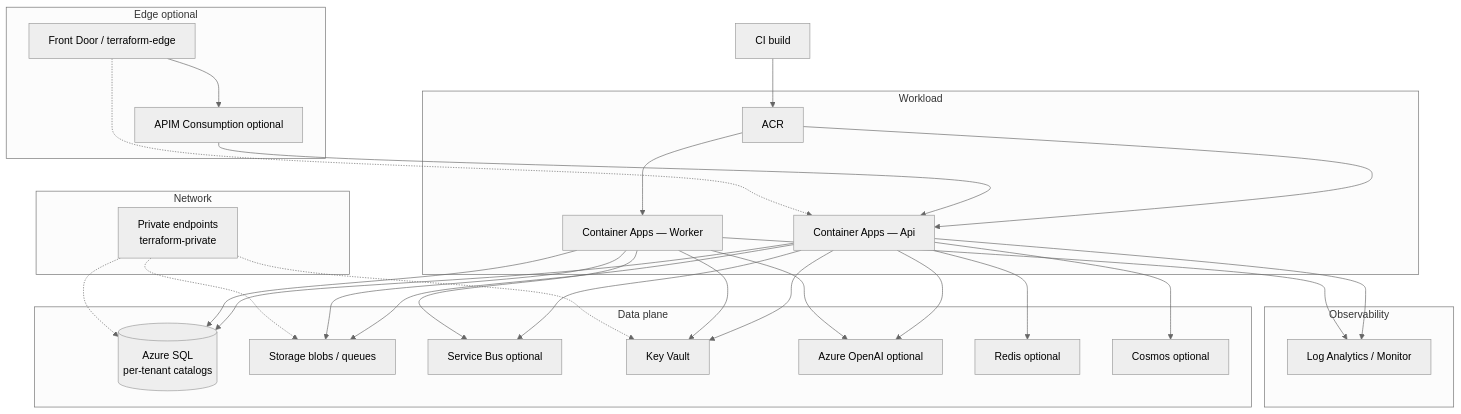
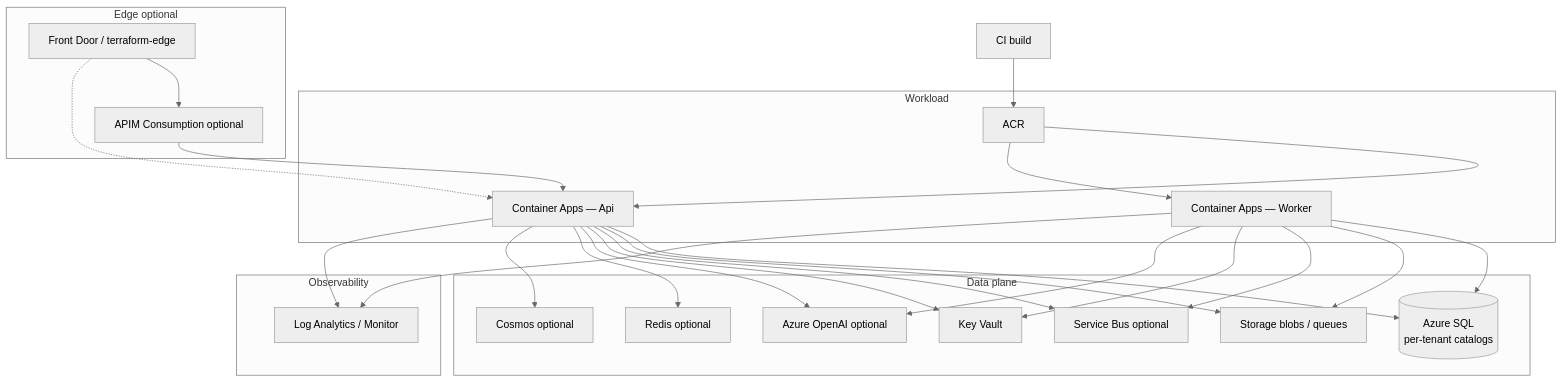
The diagram in docs/architecture/architecture_diagrams/archlucid-azure-topology.mmd (joefrancisGA/ArchLucid), drawn with Mermaid (neutral theme) before and after one commit. The commit also changed 9 other files, not shown here.

First line of the commit message:
Remove private endpoints from network diagrams only

```diff
--- a/docs/architecture/architecture_diagrams/archlucid-azure-topology.mmd
+++ b/docs/architecture/architecture_diagrams/archlucid-azure-topology.mmd
@@ -1,52 +1,45 @@
 flowchart TB
   subgraph edge["Edge optional"]
     FD["Front Door / terraform-edge"]
     APIM["APIM Consumption optional"]
   end
 
   subgraph compute["Workload"]
     ACR["ACR"]
     CA_API["Container Apps — Api"]
     CA_WK["Container Apps — Worker"]
   end
 
   subgraph data["Data plane"]
     SQL[("Azure SQL<br/>per-tenant catalogs")]
     ST["Storage blobs / queues"]
     SB["Service Bus optional"]
     KV["Key Vault"]
     AOAI["Azure OpenAI optional"]
     REDIS["Redis optional"]
     COSMOS["Cosmos optional"]
-  end
-
-  subgraph net["Network"]
-    PE["Private endpoints<br/>terraform-private"]
   end
 
   subgraph obs["Observability"]
     LAW["Log Analytics / Monitor"]
   end
 
   CI["CI build"] --> ACR
   ACR --> CA_API
   ACR --> CA_WK
   FD --> APIM --> CA_API
   FD -.-> CA_API
   CA_API --> SQL
   CA_WK --> SQL
   CA_API --> ST
   CA_WK --> ST
   CA_API --> SB
   CA_WK --> SB
   CA_API --> KV
   CA_WK --> KV
   CA_API --> AOAI
   CA_WK --> AOAI
   CA_API --> REDIS
   CA_API --> COSMOS
-  PE -.-> SQL
-  PE -.-> ST
-  PE -.-> KV
   CA_API --> LAW
   CA_WK --> LAW
```
